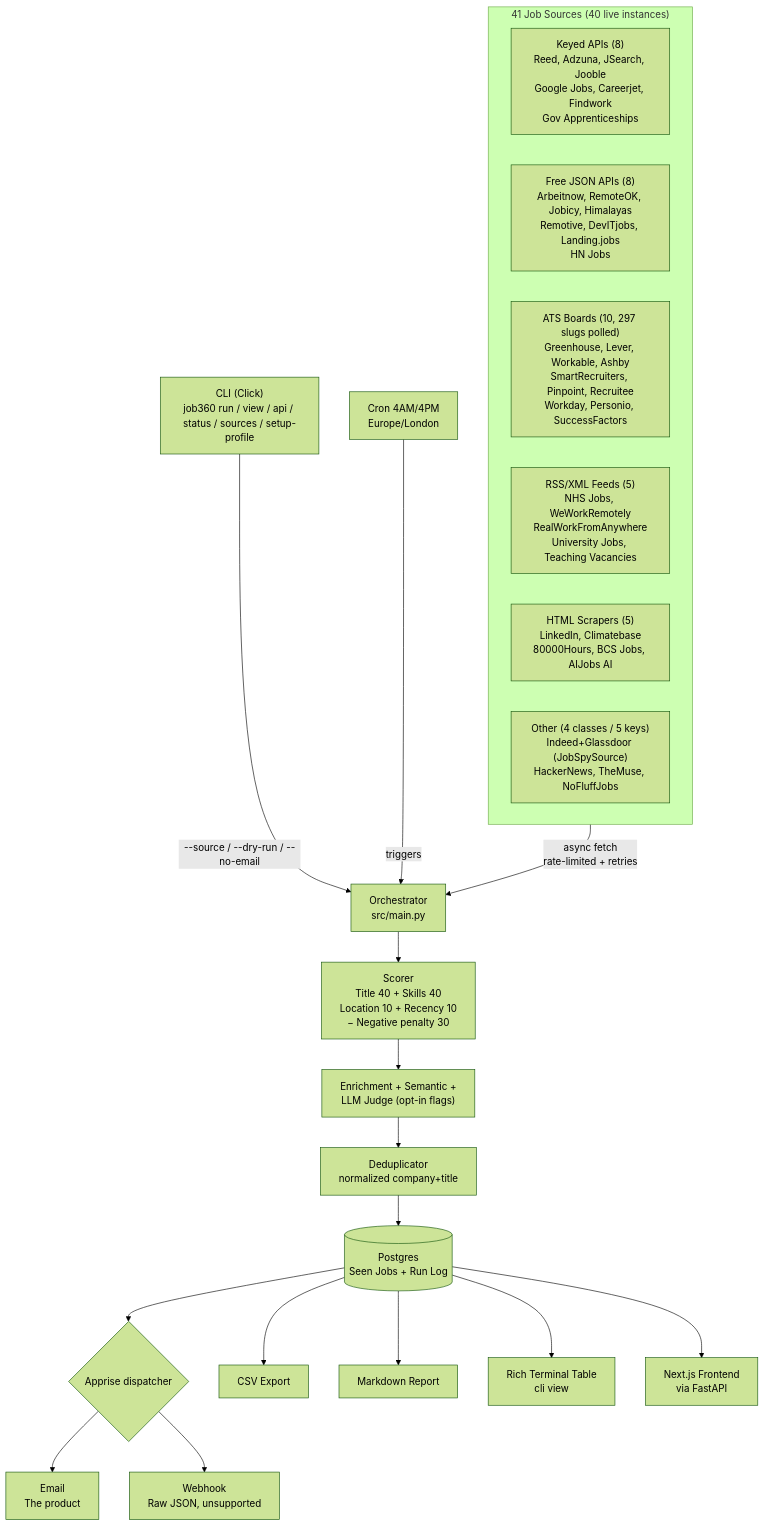
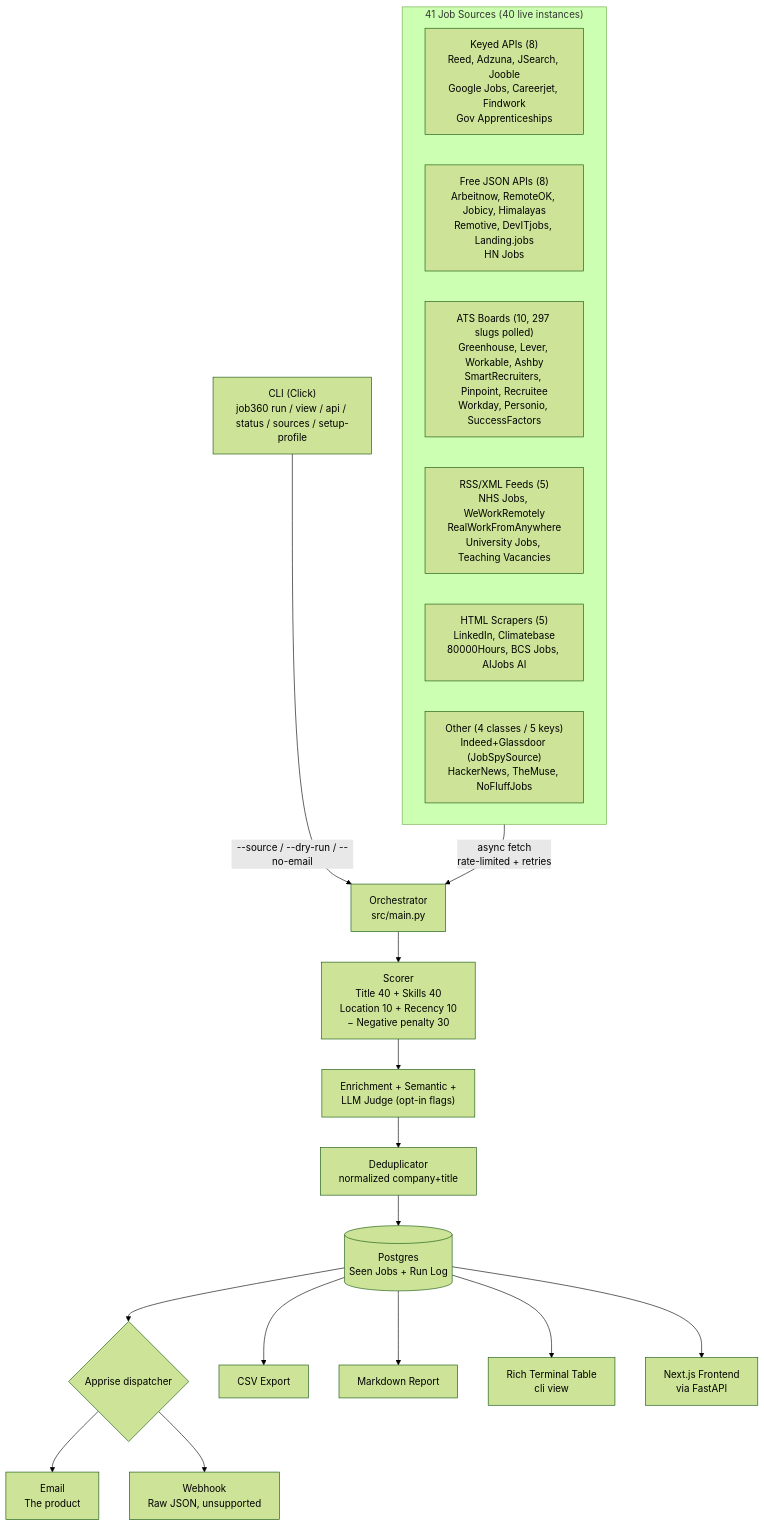
The diagram in README.md (Ranjith36963/job360), drawn with Mermaid (forest theme) before and after one commit. The commit also changed other lines of this file and 8 other files, not shown here.

````diff
--- a/README.md
+++ b/README.md
@@ -18,32 +18,30 @@
 ```mermaid
 flowchart TD
     CLI["CLI (Click)\njob360 run / view / api / status / sources / setup-profile"]
-    Cron["Cron 4AM/4PM\nEurope/London"]
 
     subgraph Sources["41 Job Sources (40 live instances)"]
         direction LR
         KeyedAPIs["Keyed APIs (8)\nReed, Adzuna, JSearch, Jooble\nGoogle Jobs, Careerjet, Findwork\nGov Apprenticeships"]
         FreeJSON["Free JSON APIs (8)\nArbeitnow, RemoteOK, Jobicy, Himalayas\nRemotive, DevITjobs, Landing.jobs\nHN Jobs"]
         ATSBoards["ATS Boards (10, 297 slugs polled)\nGreenhouse, Lever, Workable, Ashby\nSmartRecruiters, Pinpoint, Recruitee\nWorkday, Personio, SuccessFactors"]
         RSSFeeds["RSS/XML Feeds (5)\nNHS Jobs, WeWorkRemotely\nRealWorkFromAnywhere\nUniversity Jobs, Teaching Vacancies"]
         HTMLScrapers["HTML Scrapers (5)\nLinkedIn, Climatebase\n80000Hours, BCS Jobs, AIJobs AI"]
         OtherSources["Other (4 classes / 5 keys)\nIndeed+Glassdoor (JobSpySource)\nHackerNews, TheMuse, NoFluffJobs"]
     end
 
     CLI -->|"--source / --dry-run / --no-email"| Orchestrator["Orchestrator\nsrc/main.py"]
-    Cron -->|triggers| Orchestrator
     Sources -->|async fetch\nrate-limited + retries| Orchestrator
     Orchestrator --> Scorer["Scorer\nTitle 40 + Skills 40\nLocation 10 + Recency 10\n− Negative penalty 30"]
     Scorer --> OptEngines["Enrichment + Semantic +\nLLM Judge (opt-in flags)"]
     OptEngines --> Dedup[Deduplicator\nnormalized company+title]
     Dedup --> DB[(Postgres\nSeen Jobs + Run Log)]
 
     DB --> Channels{Apprise dispatcher}
     Channels --> Email[Email\nThe product]
     Channels --> Webhook[Webhook\nRaw JSON, unsupported]
 
     DB --> CSV[CSV Export]
     DB --> Report[Markdown Report]
     DB --> RichTable[Rich Terminal Table\ncli view]
     DB --> NextJS[Next.js Frontend\nvia FastAPI]
 ```
````
